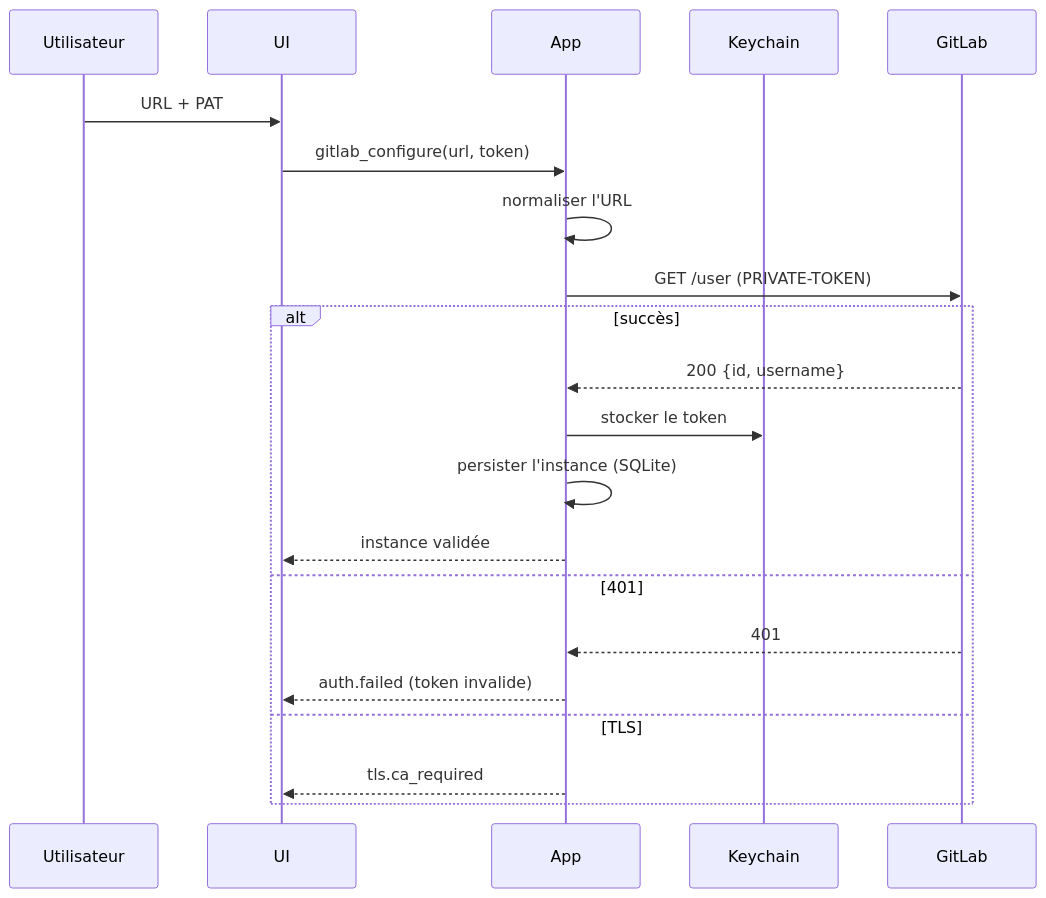
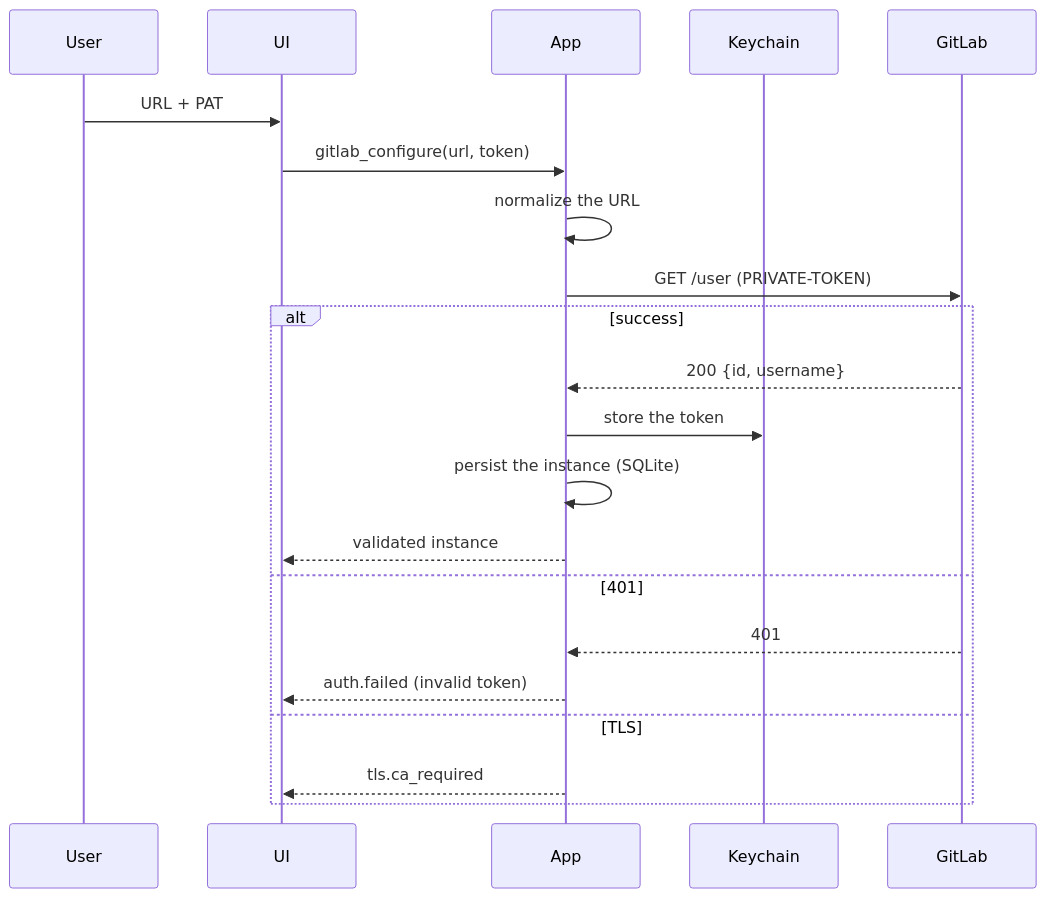
The diagram in docs/05-gitlab.md (Methamorphe/beebranch), drawn with Mermaid before and after one commit. The commit also changed other lines of this file and 153 other files, not shown here.

````diff
--- a/docs/05-gitlab.md
+++ b/docs/05-gitlab.md
@@ -136,24 +136,24 @@
 ```mermaid
 sequenceDiagram
-  participant U as Utilisateur
+  participant U as User
   participant UI
   participant App
   participant KC as Keychain
   participant GL as GitLab
 
   U->>UI: URL + PAT
   UI->>App: gitlab_configure(url, token)
-  App->>App: normaliser l'URL
+  App->>App: normalize the URL
   App->>GL: GET /user (PRIVATE-TOKEN)
-  alt succès
+  alt success
     GL-->>App: 200 {id, username}
-    App->>KC: stocker le token
-    App->>App: persister l'instance (SQLite)
-    App-->>UI: instance validée
+    App->>KC: store the token
+    App->>App: persist the instance (SQLite)
+    App-->>UI: validated instance
   else 401
     GL-->>App: 401
-    App-->>UI: auth.failed (token invalide)
+    App-->>UI: auth.failed (invalid token)
   else TLS
     App-->>UI: tls.ca_required
   end
 ```
````
